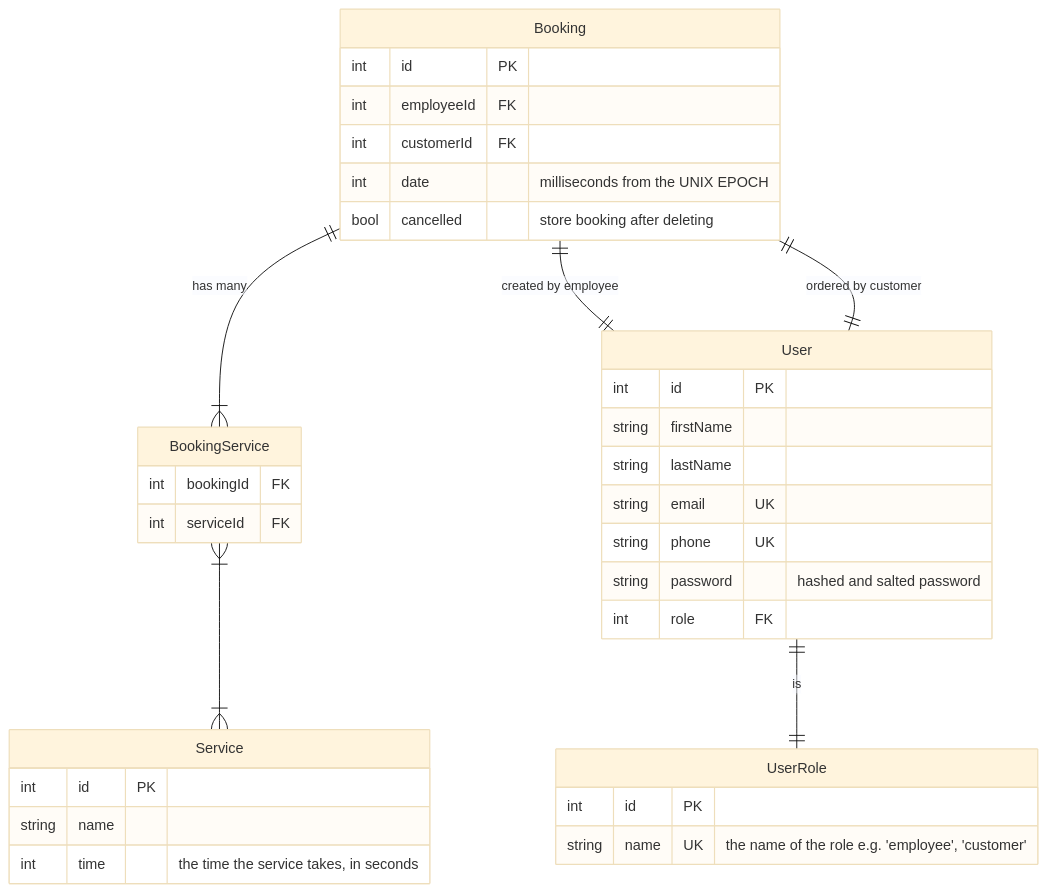
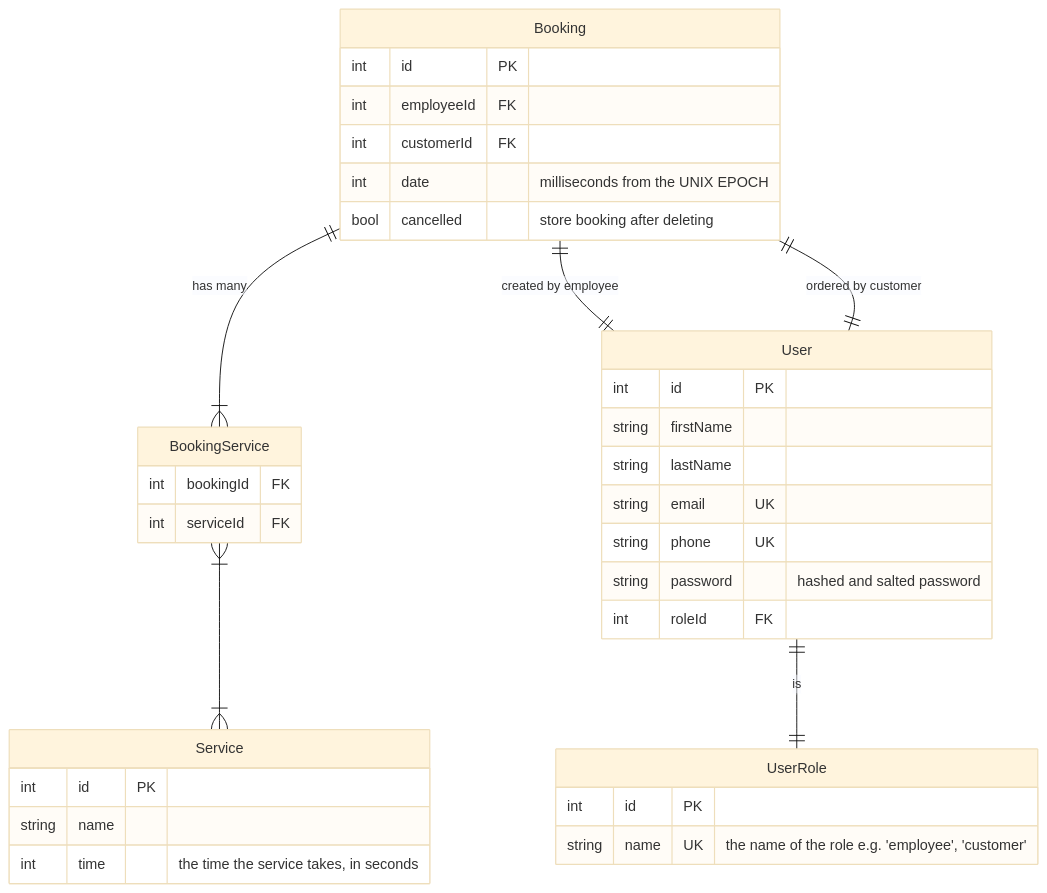
Before and after one commit to zealand-cs/Haarmonika: the diagram in assets/Diagrammer/ER-diagram.md, drawn with Mermaid (base theme). The commit also changed 2 other files, not shown here.

Commit message:
DB schema created

````diff
--- a/assets/Diagrammer/ER-diagram.md
+++ b/assets/Diagrammer/ER-diagram.md
@@ -3,42 +3,42 @@
 ```mermaid
 erDiagram
     User {
         int id PK
         string firstName
         string lastName
         string email UK
         string phone UK
         string password "hashed and salted password"
-        int role FK
+        int roleId FK
     }
     
     UserRole {
         int id PK
         string name UK "the name of the role e.g. 'employee', 'customer'"
     }
         
     Service {
         int id PK
         string name
         int time "the time the service takes, in seconds"
     }
    
     Booking {
         int id PK
         int employeeId FK
         int customerId FK
         int date "milliseconds from the UNIX EPOCH"
         bool cancelled "store booking after deleting"
     }
     
     BookingService {
         int bookingId FK
         int serviceId FK
     }
 
     Booking ||--|{ BookingService : "has many"
     BookingService }|--|{ Service : ""
     Booking ||--|| User : "created by employee"
     Booking ||--|| User : "ordered by customer"
     User ||--|| UserRole : "is"
 ```
````
